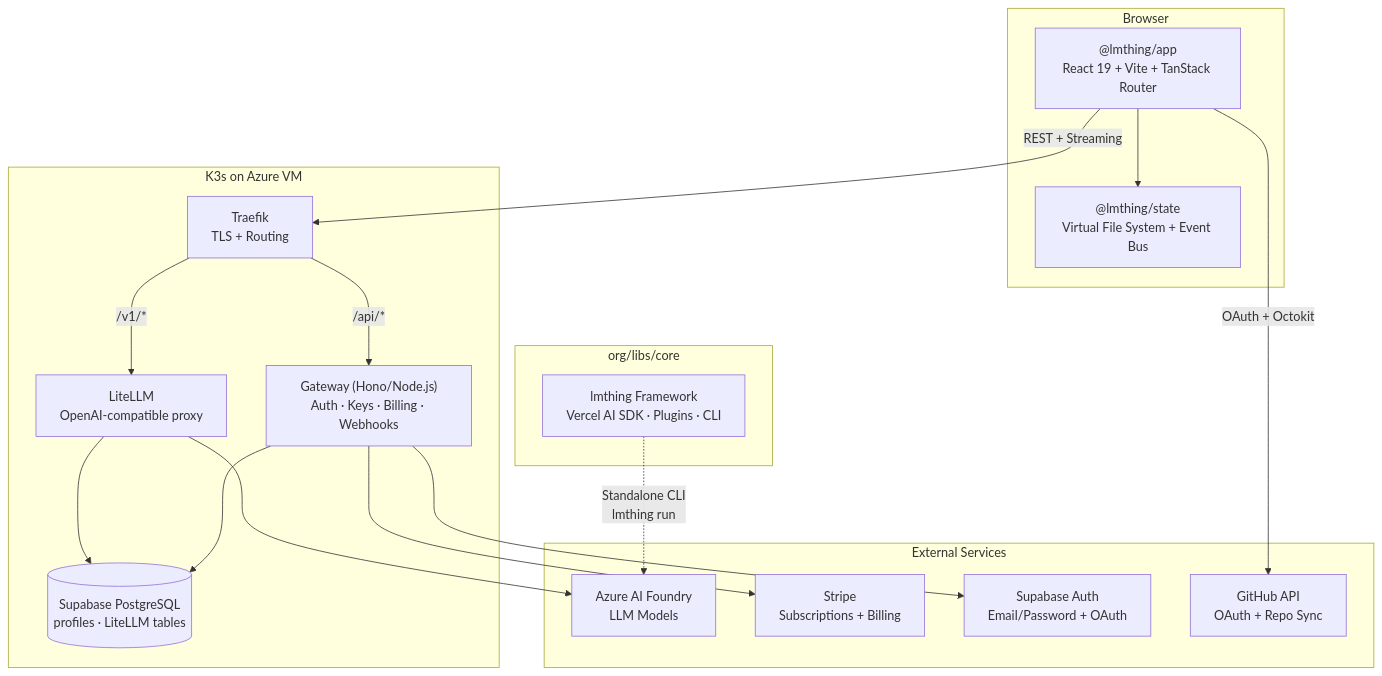
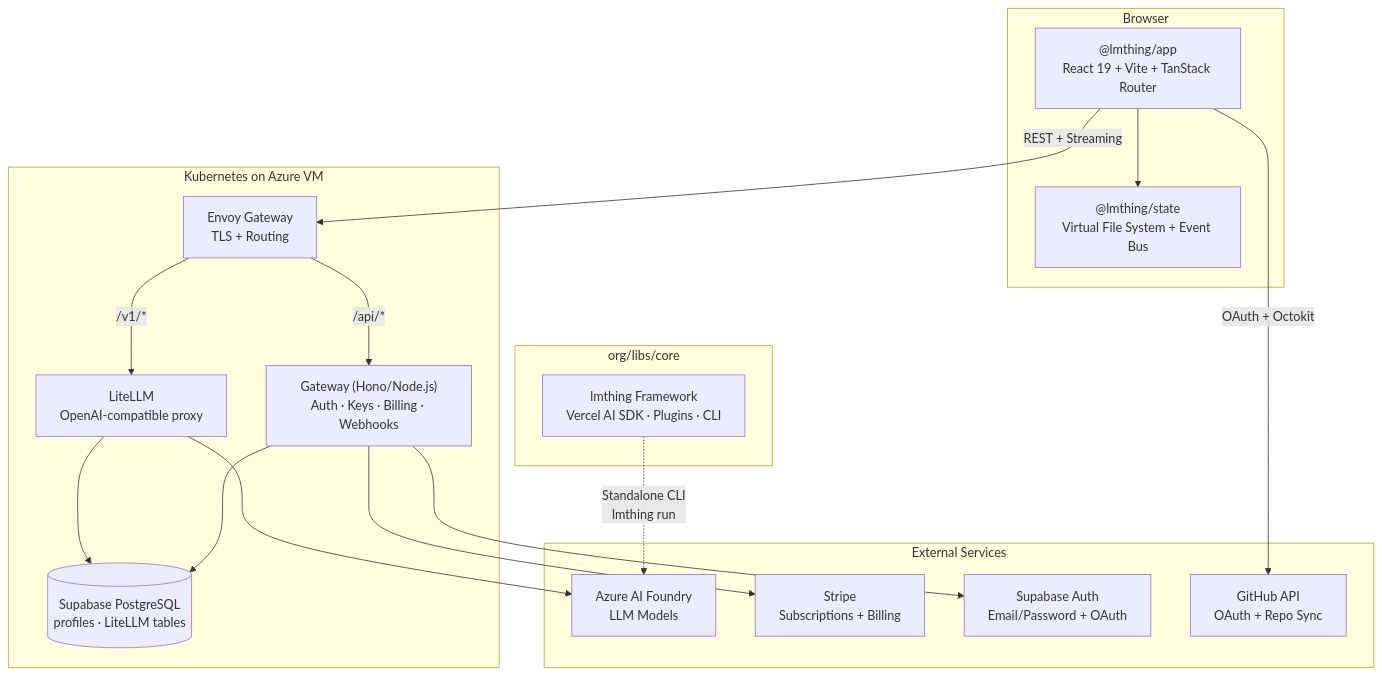
One commit to lmthing/lmthing changed the first of 6 diagrams in CLAUDE.md. Above: the diagram before and after it, drawn with Mermaid. The commit also changed other lines of this file and 15 other files, not shown here.

First line of the commit message:
refactor: remove cloud components and documentation for streamlined architecture

````diff
--- a/CLAUDE.md
+++ b/CLAUDE.md
@@ -85,37 +85,37 @@
 ```mermaid
 graph TB
     subgraph Browser["Browser"]
         App["@lmthing/app<br/>React 19 + Vite + TanStack Router"]
         State["@lmthing/state<br/>Virtual File System + Event Bus"]
         App --> State
     end
 
-    subgraph Cloud["K3s on Azure VM"]
-        Traefik["Traefik<br/>TLS + Routing"]
+    subgraph Cloud["Kubernetes on Azure VM"]
+        Envoy["Envoy Gateway<br/>TLS + Routing"]
         LiteLLM["LiteLLM<br/>OpenAI-compatible proxy"]
         Gateway["Gateway (Hono/Node.js)<br/>Auth · Keys · Billing · Webhooks"]
         DB[("Supabase PostgreSQL<br/>profiles · LiteLLM tables")]
-        Traefik -- "/v1/*" --> LiteLLM
-        Traefik -- "/api/*" --> Gateway
+        Envoy -- "/v1/*" --> LiteLLM
+        Envoy -- "/api/*" --> Gateway
         LiteLLM --> DB
         Gateway --> DB
     end
 
     subgraph External["External Services"]
         Azure["Azure AI Foundry<br/>LLM Models"]
         Stripe["Stripe<br/>Subscriptions + Billing"]
         SupaAuth["Supabase Auth<br/>Email/Password + OAuth"]
         GitHub["GitHub API<br/>OAuth + Repo Sync"]
     end
 
     subgraph Library["org/libs/core"]
         Core["lmthing Framework<br/>Vercel AI SDK · Plugins · CLI"]
     end
 
-    App -- "REST + Streaming" --> Traefik
+    App -- "REST + Streaming" --> Envoy
     LiteLLM --> Azure
     Gateway --> Stripe
     Gateway --> SupaAuth
     App -- "OAuth + Octokit" --> GitHub
     Core -. "Standalone CLI<br/>lmthing run" .-> Azure
 ```
````
